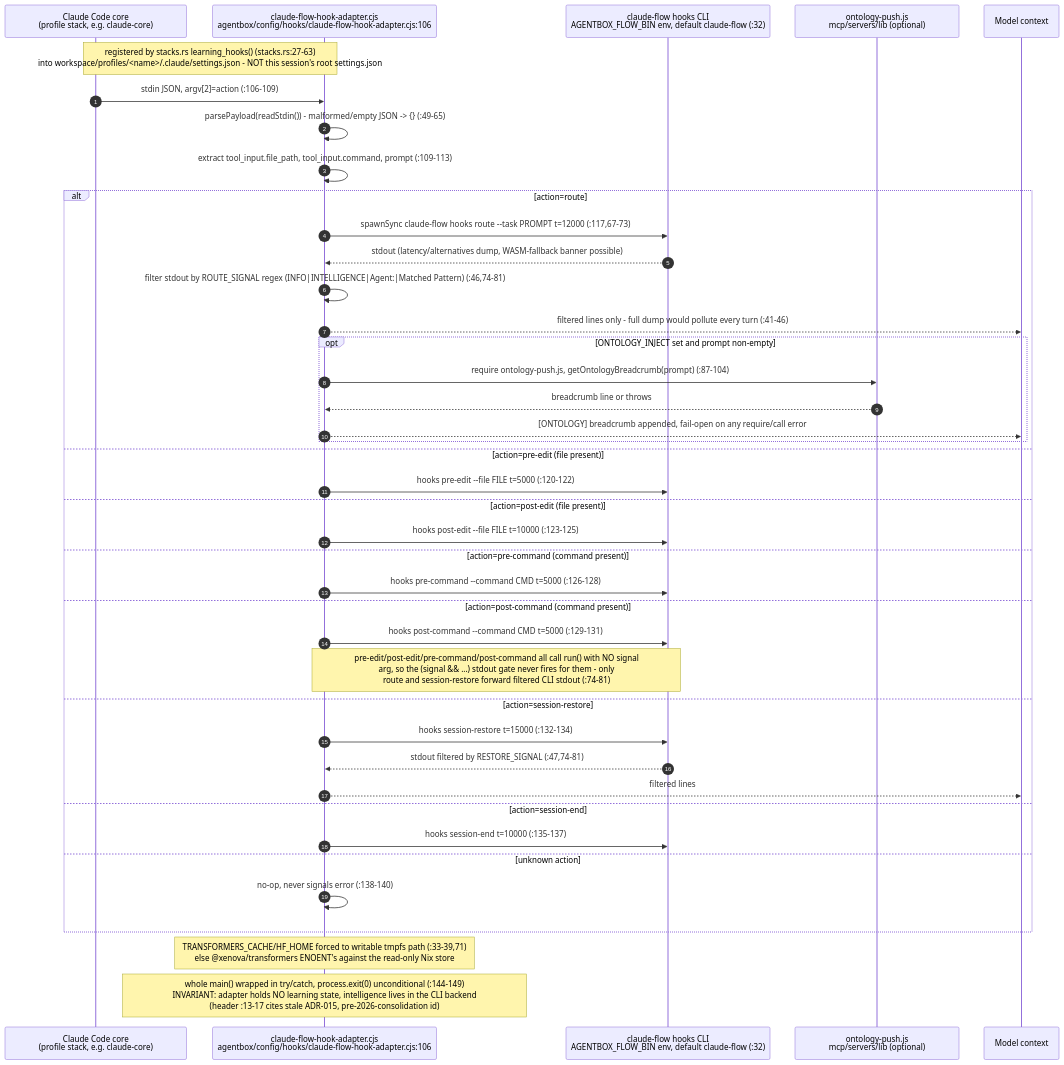
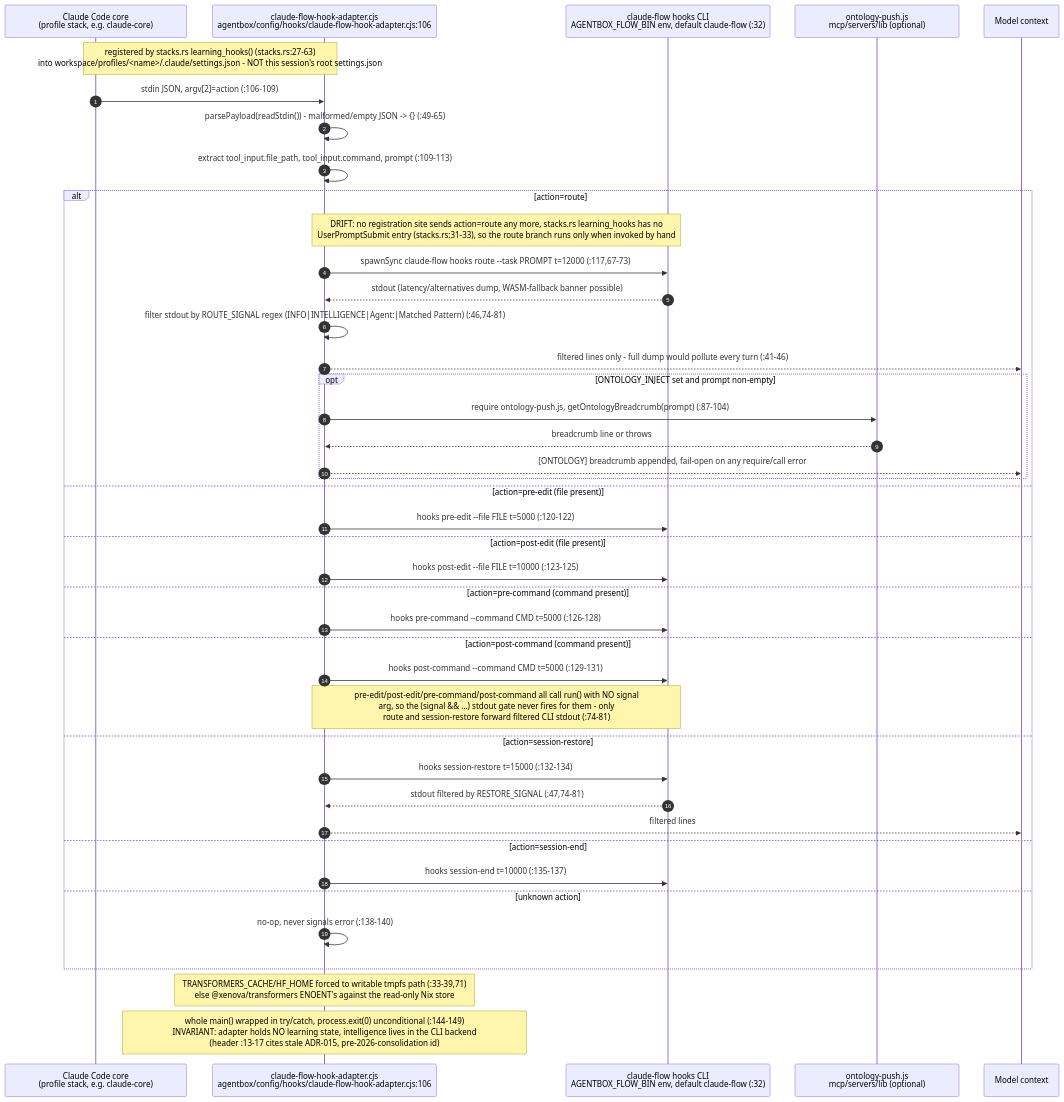
The sixth of 13 diagrams in docs/diagrams/agentbox/08-hooks-pipeline.md (DreamLab-AI/VisionFlow), drawn with Mermaid before and after one commit. The commit also changed other lines of this file and 173 other files, not shown here.

````diff
--- a/docs/diagrams/agentbox/08-hooks-pipeline.md
+++ b/docs/diagrams/agentbox/08-hooks-pipeline.md
@@ -244,44 +251,45 @@
 ```mermaid
 sequenceDiagram
     autonumber
     participant CC as Claude Code core<br/>#40;profile stack, e.g. claude-core#41;
     participant AD as claude-flow-hook-adapter.cjs<br/>agentbox/config/hooks/claude-flow-hook-adapter.cjs:106
     participant CLI as claude-flow hooks CLI<br/>AGENTBOX_FLOW_BIN env, default claude-flow (:32)
     participant OP as ontology-push.js<br/>mcp/servers/lib #40;optional#41;
     participant M as Model context
 
     Note over CC,AD: registered by stacks.rs learning_hooks#40;#41; #40;stacks.rs:27-63#41;<br/>into workspace/profiles/#60;name#62;/.claude/settings.json - NOT this session's root settings.json
     CC->>AD: stdin JSON, argv[2]=action (:106-109)
     AD->>AD: parsePayload#40;readStdin#40;#41;#41; - malformed/empty JSON -#62; #123;#125; (:49-65)
     AD->>AD: extract tool_input.file_path, tool_input.command, prompt (:109-113)
     alt action=route
+        Note over AD,CLI: DRIFT: no registration site sends action=route any more, stacks.rs learning_hooks has no<br/>UserPromptSubmit entry (stacks.rs:31-33), so the route branch runs only when invoked by hand
         AD->>CLI: spawnSync claude-flow hooks route --task PROMPT t=12000 (:117,67-73)
         CLI-->>AD: stdout #40;latency/alternatives dump, WASM-fallback banner possible#41;
         AD->>AD: filter stdout by ROUTE_SIGNAL regex #40;INFO#124;INTELLIGENCE#124;Agent:#124;Matched Pattern#41; (:46,74-81)
         AD-->>M: filtered lines only - full dump would pollute every turn (:41-46)
         opt ONTOLOGY_INJECT set and prompt non-empty
             AD->>OP: require ontology-push.js, getOntologyBreadcrumb#40;prompt#41; (:87-104)
             OP-->>AD: breadcrumb line or throws
             AD-->>M: #91;ONTOLOGY#93; breadcrumb appended, fail-open on any require/call error
         end
     else action=pre-edit #40;file present#41;
         AD->>CLI: hooks pre-edit --file FILE t=5000 (:120-122)
     else action=post-edit #40;file present#41;
         AD->>CLI: hooks post-edit --file FILE t=10000 (:123-125)
     else action=pre-command #40;command present#41;
         AD->>CLI: hooks pre-command --command CMD t=5000 (:126-128)
     else action=post-command #40;command present#41;
         AD->>CLI: hooks post-command --command CMD t=5000 (:129-131)
         Note over AD,CLI: pre-edit/post-edit/pre-command/post-command all call run#40;#41; with NO signal<br/>arg, so the #40;signal && ...#41; stdout gate never fires for them - only<br/>route and session-restore forward filtered CLI stdout (:74-81)
     else action=session-restore
         AD->>CLI: hooks session-restore t=15000 (:132-134)
         CLI-->>AD: stdout filtered by RESTORE_SIGNAL (:47,74-81)
         AD-->>M: filtered lines
     else action=session-end
         AD->>CLI: hooks session-end t=10000 (:135-137)
     else unknown action
         AD->>AD: no-op, never signals error (:138-140)
     end
     Note over AD: TRANSFORMERS_CACHE/HF_HOME forced to writable tmpfs path (:33-39,71)<br/>else @xenova/transformers ENOENT#39;s against the read-only Nix store
     Note over AD: whole main#40;#41; wrapped in try/catch, process.exit#40;0#41; unconditional (:144-149)<br/>INVARIANT: adapter holds NO learning state, intelligence lives in the CLI backend<br/>#40;header :13-17 cites stale ADR-015, pre-2026-consolidation id#41;
 ```
````
